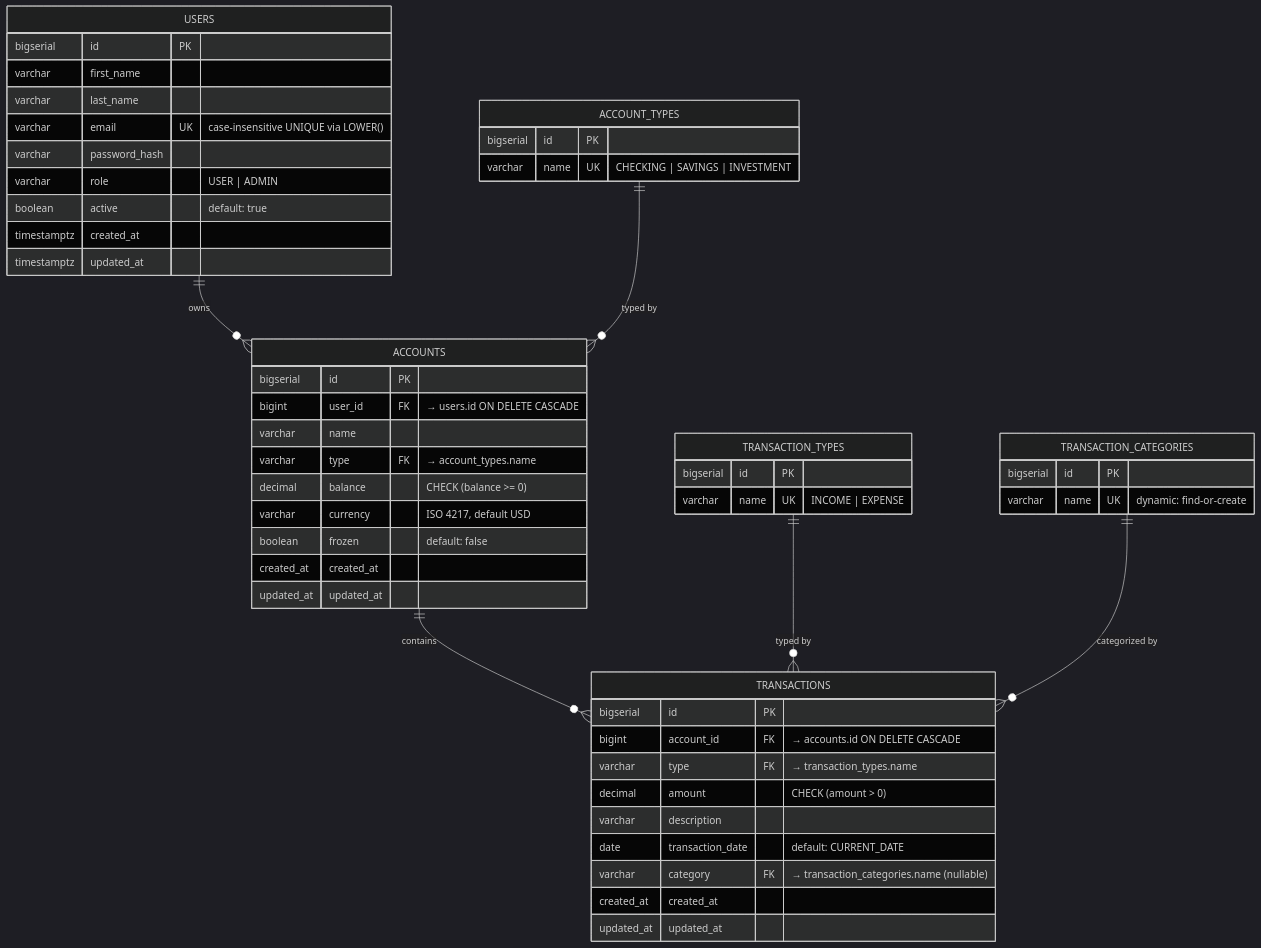
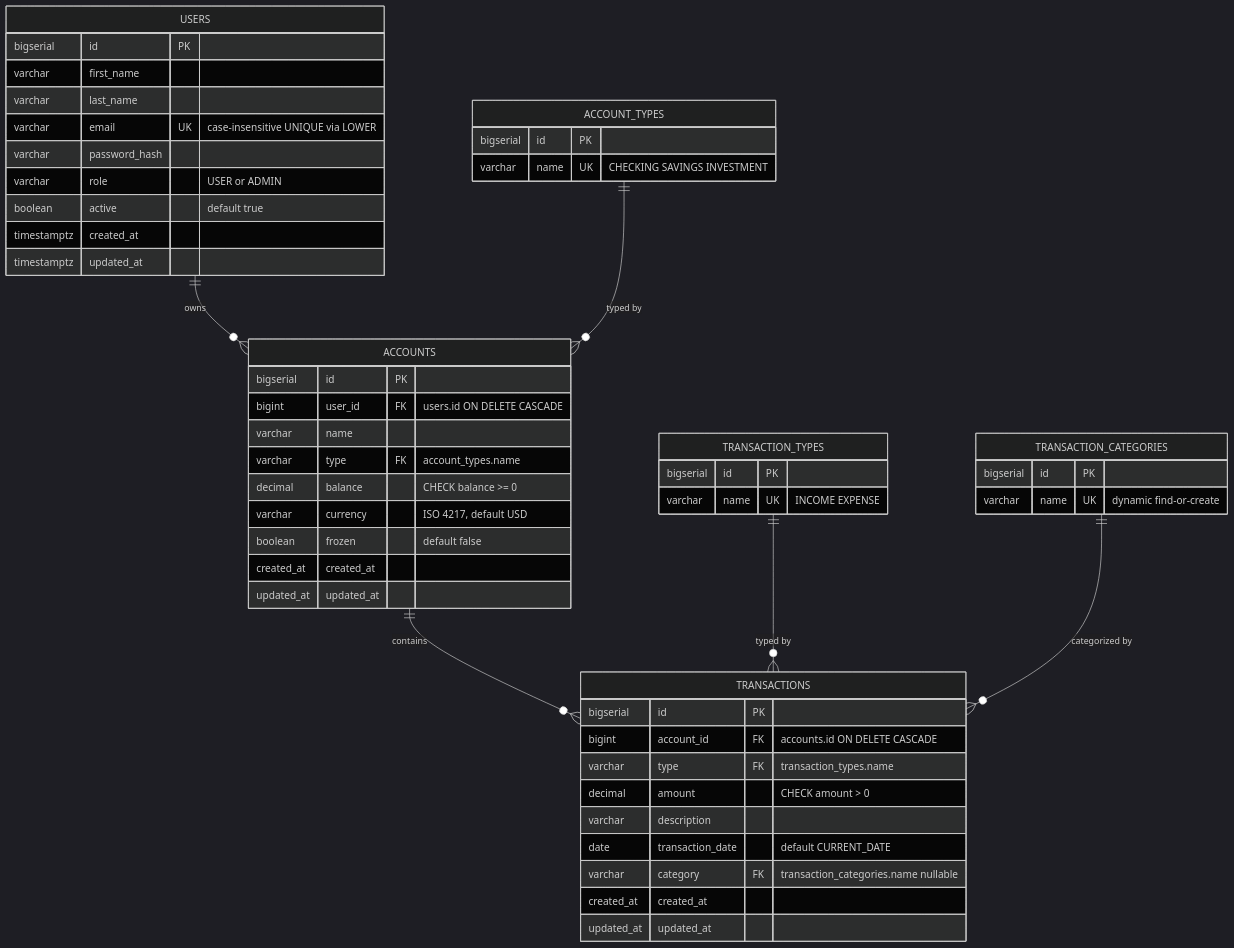
One commit to johngech/finance-tracker-api changed the fourth of 7 diagrams in README.md. Above: the diagram before and after it, drawn with Mermaid (dark theme). The commit also changed other lines of this file, not shown here.

````diff
--- a/README.md
+++ b/README.md
@@ -285,59 +298,59 @@
 ```mermaid
 erDiagram
     USERS {
         bigserial id PK
         varchar first_name
         varchar last_name
-        varchar email UK "case-insensitive UNIQUE via LOWER()"
+        varchar email UK "case-insensitive UNIQUE via LOWER"
         varchar password_hash
-        varchar role "USER | ADMIN"
-        boolean active "default: true"
+        varchar role "USER or ADMIN"
+        boolean active "default true"
         timestamptz created_at
         timestamptz updated_at
     }
 
     ACCOUNT_TYPES {
         bigserial id PK
-        varchar name UK "CHECKING | SAVINGS | INVESTMENT"
+        varchar name UK "CHECKING SAVINGS INVESTMENT"
     }
 
     ACCOUNTS {
         bigserial id PK
-        bigint user_id FK "→ users.id ON DELETE CASCADE"
+        bigint user_id FK "users.id ON DELETE CASCADE"
         varchar name
-        varchar type FK "→ account_types.name"
-        decimal balance "CHECK (balance >= 0)"
+        varchar type FK "account_types.name"
+        decimal balance "CHECK balance >= 0"
         varchar currency "ISO 4217, default USD"
-        boolean frozen "default: false"
+        boolean frozen "default false"
         created_at created_at
         updated_at updated_at
     }
 
     TRANSACTION_TYPES {
         bigserial id PK
-        varchar name UK "INCOME | EXPENSE"
+        varchar name UK "INCOME EXPENSE"
     }
 
     TRANSACTION_CATEGORIES {
         bigserial id PK
-        varchar name UK "dynamic: find-or-create"
+        varchar name UK "dynamic find-or-create"
     }
 
     TRANSACTIONS {
         bigserial id PK
-        bigint account_id FK "→ accounts.id ON DELETE CASCADE"
-        varchar type FK "→ transaction_types.name"
-        decimal amount "CHECK (amount > 0)"
+        bigint account_id FK "accounts.id ON DELETE CASCADE"
+        varchar type FK "transaction_types.name"
+        decimal amount "CHECK amount > 0"
         varchar description
-        date transaction_date "default: CURRENT_DATE"
-        varchar category FK "→ transaction_categories.name (nullable)"
+        date transaction_date "default CURRENT_DATE"
+        varchar category FK "transaction_categories.name nullable"
         created_at created_at
         updated_at updated_at
     }
 
     USERS ||--o{ ACCOUNTS : "owns"
     ACCOUNT_TYPES ||--o{ ACCOUNTS : "typed by"
     ACCOUNTS ||--o{ TRANSACTIONS : "contains"
     TRANSACTION_TYPES ||--o{ TRANSACTIONS : "typed by"
     TRANSACTION_CATEGORIES ||--o{ TRANSACTIONS : "categorized by"
 ```
````
